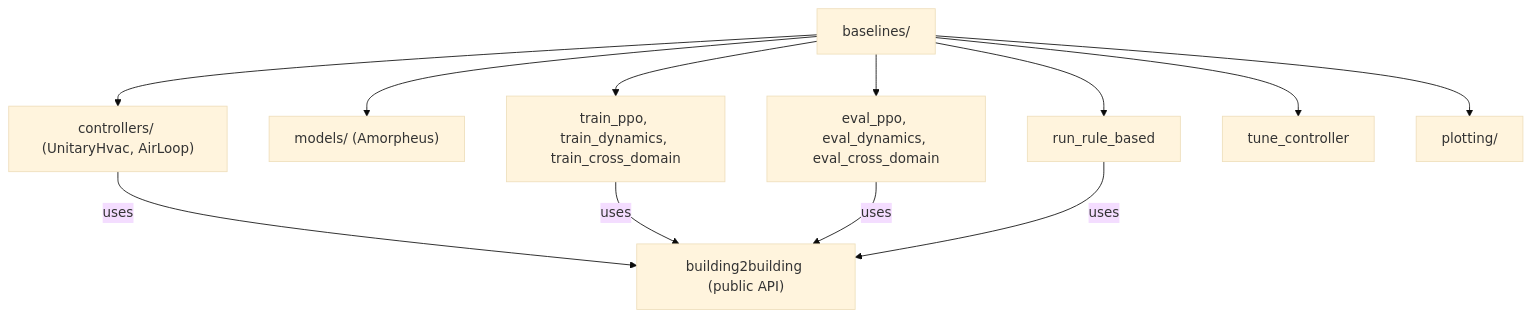
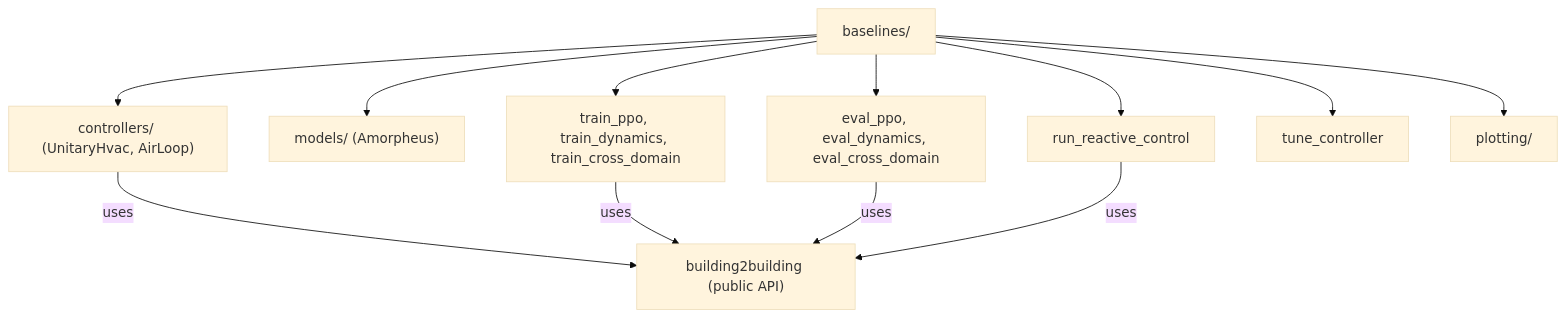
Before and after one commit to vtaboga/building2building: the diagram in docs/baselines/overview.md, drawn with Mermaid (base theme). The commit also changed other lines of this file and 23 other files, not shown here.

Commit message:
reactive control tuning

````diff
--- a/docs/baselines/overview.md
+++ b/docs/baselines/overview.md
@@ -9,24 +9,24 @@
 ```mermaid
 graph TD
     Baselines["baselines/"]
     Controllers["controllers/ (UnitaryHvac, AirLoop)"]
     Models["models/ (Amorpheus)"]
     Training["train_ppo, train_dynamics, train_cross_domain"]
     Eval["eval_ppo, eval_dynamics, eval_cross_domain"]
-    RuleBased["run_rule_based"]
+    ReactiveControl["run_reactive_control"]
     Tuning["tune_controller"]
     Plotting["plotting/"]
     B2B["building2building (public API)"]
 
     Baselines --> Controllers
     Baselines --> Models
     Baselines --> Training
     Baselines --> Eval
-    Baselines --> RuleBased
+    Baselines --> ReactiveControl
     Baselines --> Tuning
     Baselines --> Plotting
     Controllers -->|uses| B2B
     Training -->|uses| B2B
     Eval -->|uses| B2B
-    RuleBased -->|uses| B2B
+    ReactiveControl -->|uses| B2B
 ```
````
